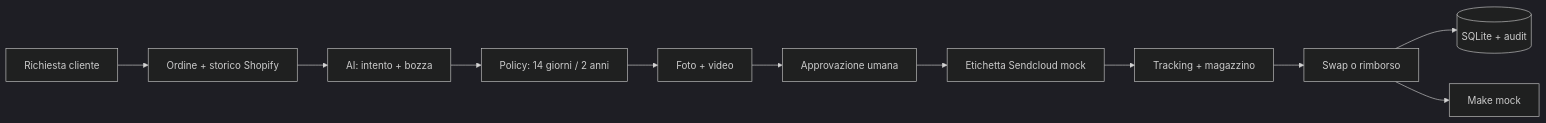
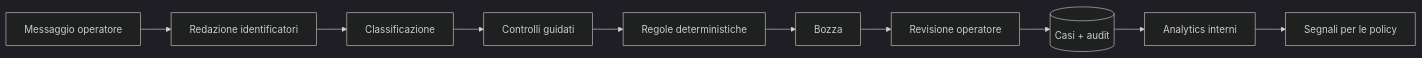
The diagram in README.md (lore707/customer-return-agent-prototype), drawn with Mermaid (dark theme) before and after one commit. The commit also changed other lines of this file and 13 other files, not shown here.

````diff
--- a/README.md
+++ b/README.md
@@ -28,13 +88,12 @@
 ```mermaid
 flowchart LR
-    Intake[Richiesta cliente] --> Shopify[Ordine + storico Shopify]
-    Shopify --> AI[AI: intento + bozza]
-    AI --> Rules[Policy: 14 giorni / 2 anni]
-    Rules --> Evidence[Foto + video]
-    Evidence --> Human[Approvazione umana]
-    Human --> Sendcloud[Etichetta Sendcloud mock]
-    Sendcloud --> Warehouse[Tracking + magazzino]
-    Warehouse --> Resolution[Swap o rimborso]
-    Resolution --> DB[(SQLite + audit)]
-    Resolution --> Make[Make mock]
+    Message[Messaggio operatore] --> Redaction[Redazione identificatori]
+    Redaction --> Intent[Classificazione]
+    Intent --> Facts[Controlli guidati]
+    Facts --> Rules[Regole deterministiche]
+    Rules --> Draft[Bozza]
+    Draft --> Human[Revisione operatore]
+    Human --> Cases[(Casi + audit)]
+    Cases --> Analytics[Analytics interni]
+    Analytics --> Policies[Segnali per le policy]
 ```
````
